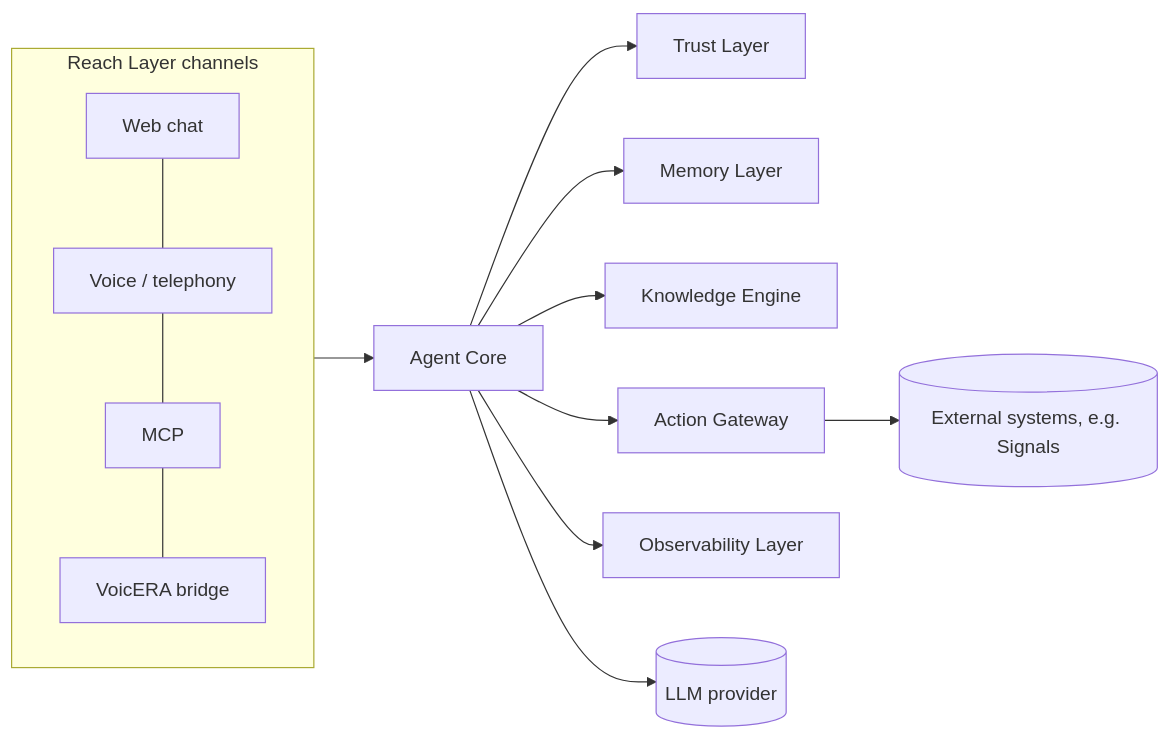
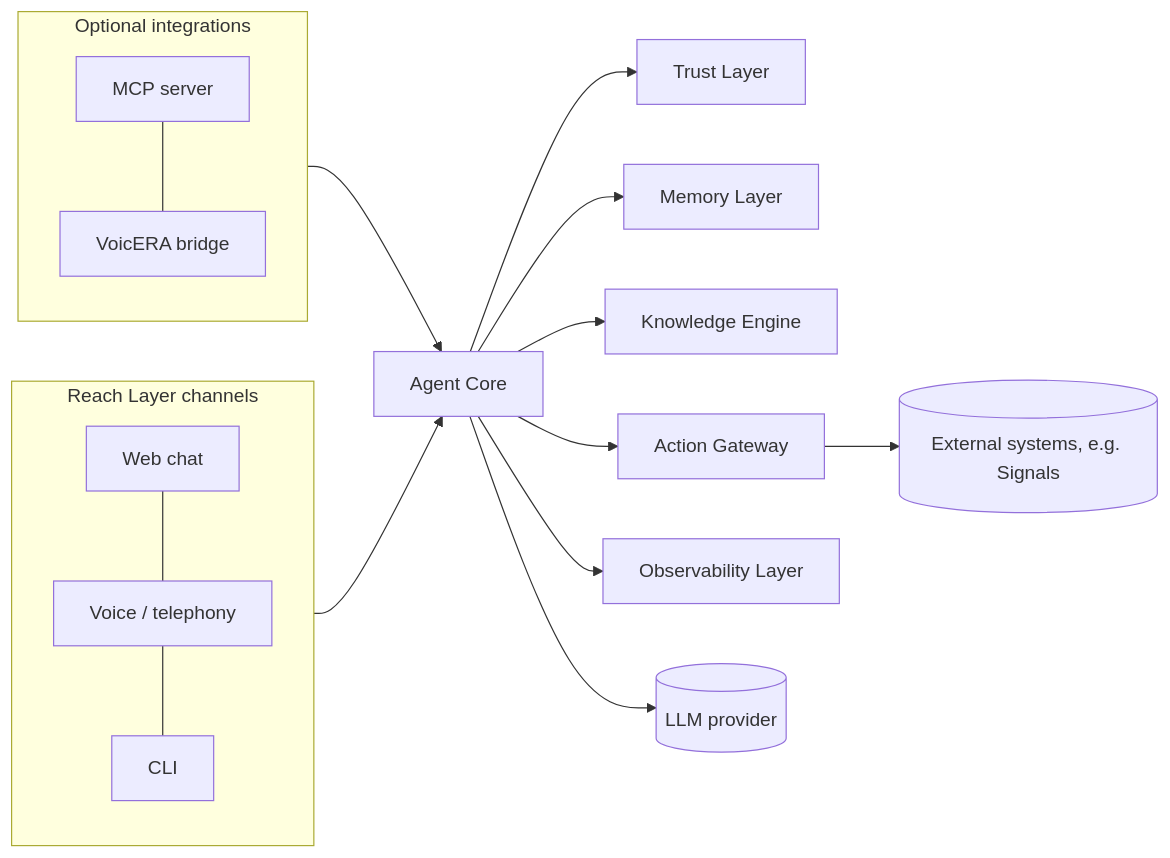
One commit to Blue-Dots-Economy/bluedots-docs changed the first of 2 diagrams in src/content/docs/core-concepts/architecture/ai-diffusion-dpg.md. Above: the diagram before and after it, drawn with Mermaid.

Commit message:
docs(ai-diffusion): channel diagram shows web, voice and CLI, with MCP and the VoicERA bridge as optional

```diff
--- a/src/content/docs/core-concepts/architecture/ai-diffusion-dpg.md
+++ b/src/content/docs/core-concepts/architecture/ai-diffusion-dpg.md
@@ -26,14 +26,18 @@
 <pre class="mermaid">
 flowchart LR
   subgraph Channels["Reach Layer channels"]
-    W[Web chat] --- V[Voice / telephony] --- M[MCP] --- B[VoicERA bridge]
+    W[Web chat] --- V[Voice / telephony] --- C[CLI]
   end
+  subgraph Optional["Optional integrations"]
+    M[MCP server] --- B[VoicERA bridge]
+  end
+  Optional --> AC
   Channels --> AC[Agent Core]
   AC --> TL[Trust Layer]
   AC --> ML[Memory Layer]
   AC --> KE[Knowledge Engine]
   AC --> AG[Action Gateway]
   AC --> OL[Observability Layer]
   AC --> LLM[(LLM provider)]
   AG --> EXT[(External systems, e.g. Signals)]
 </pre>
```
